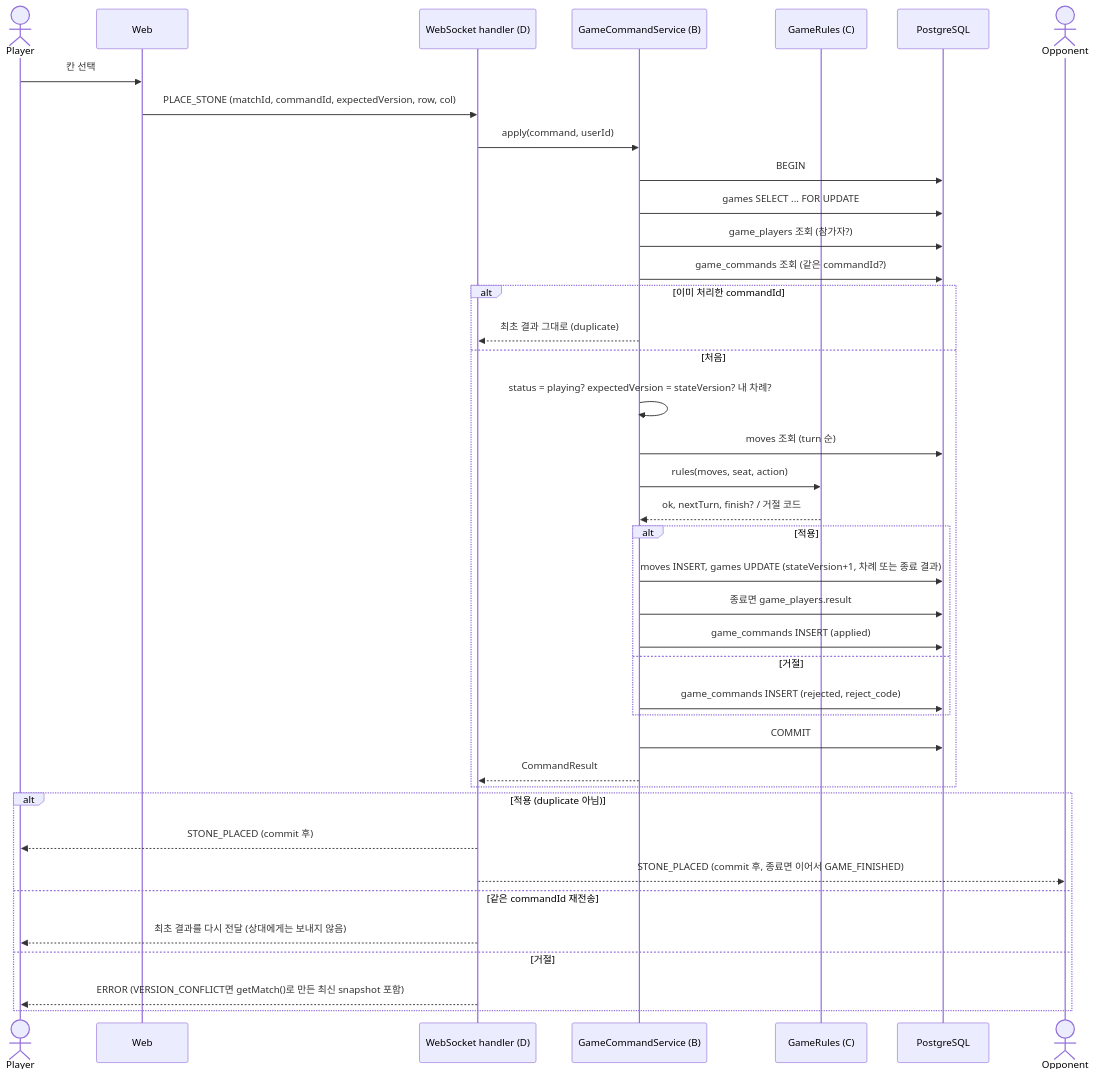
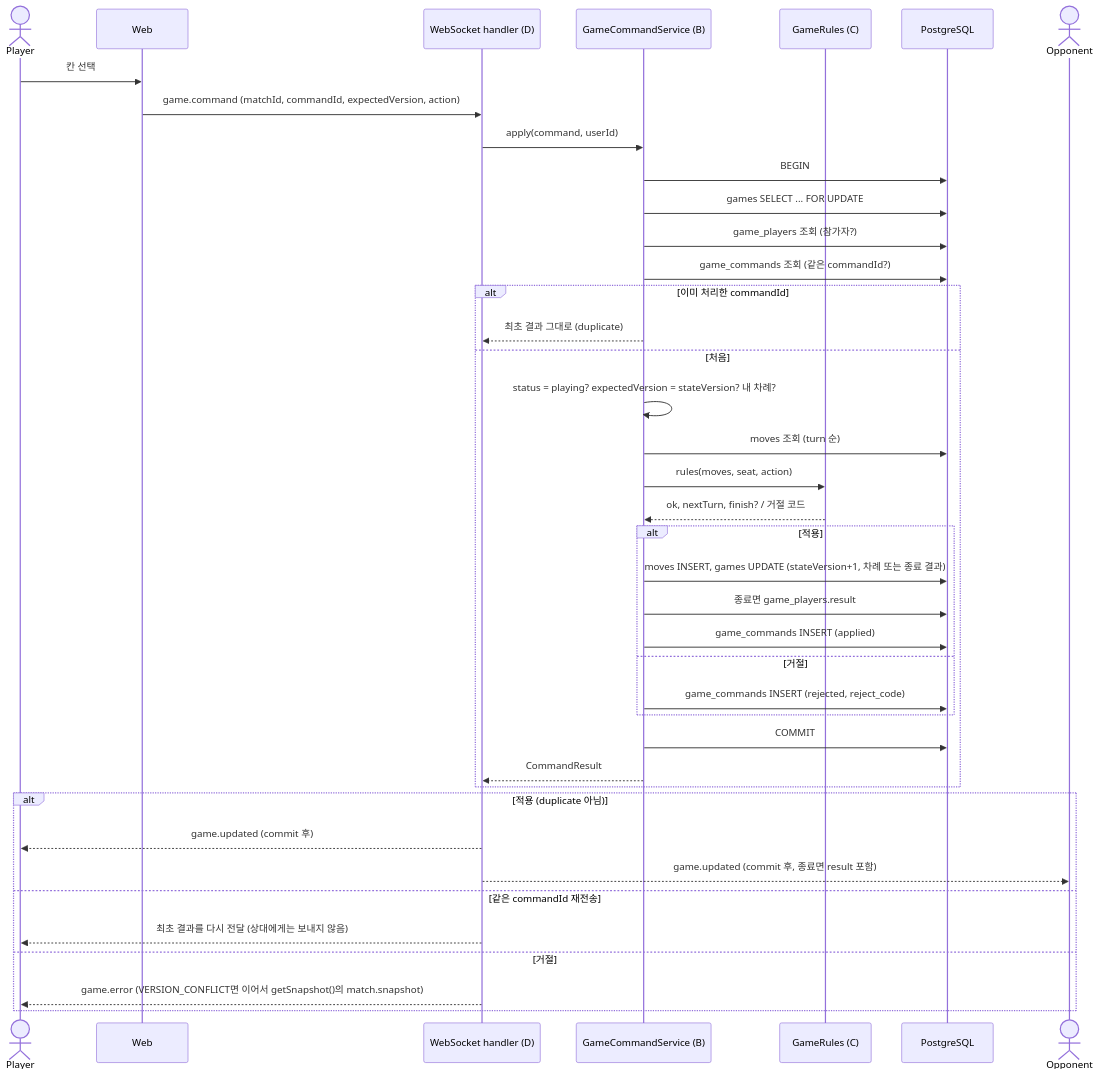
Diagram 16 of 53 in Document/SDS.md (EscapeFromGyeongsan/ft_transcendence), drawn with Mermaid before and after one commit. The commit also changed other lines of this file, not shown here.

````diff
--- a/Document/SDS.md
+++ b/Document/SDS.md
@@ -883,43 +1020,43 @@
 ```mermaid
 sequenceDiagram
     actor P as Player
     participant W as Web
     participant WS as WebSocket handler (D)
     participant G as GameCommandService (B)
     participant E as GameRules (C)
     participant DB as PostgreSQL
     actor O as Opponent
 
     P->>W: 칸 선택
-    W->>WS: PLACE_STONE (matchId, commandId, expectedVersion, row, col)
+    W->>WS: game.command (matchId, commandId, expectedVersion, action)
     WS->>G: apply(command, userId)
     G->>DB: BEGIN
     G->>DB: games SELECT ... FOR UPDATE
     G->>DB: game_players 조회 (참가자?)
     G->>DB: game_commands 조회 (같은 commandId?)
     alt 이미 처리한 commandId
         G-->>WS: 최초 결과 그대로 (duplicate)
     else 처음
         G->>G: status = playing? expectedVersion = stateVersion? 내 차례?
         G->>DB: moves 조회 (turn 순)
         G->>E: rules(moves, seat, action)
         E-->>G: ok, nextTurn, finish? / 거절 코드
         alt 적용
             G->>DB: moves INSERT, games UPDATE (stateVersion+1, 차례 또는 종료 결과)
             G->>DB: 종료면 game_players.result
             G->>DB: game_commands INSERT (applied)
         else 거절
             G->>DB: game_commands INSERT (rejected, reject_code)
         end
         G->>DB: COMMIT
         G-->>WS: CommandResult
     end
     alt 적용 (duplicate 아님)
-        WS-->>P: STONE_PLACED (commit 후)
-        WS-->>O: STONE_PLACED (commit 후, 종료면 이어서 GAME_FINISHED)
+        WS-->>P: game.updated (commit 후)
+        WS-->>O: game.updated (commit 후, 종료면 result 포함)
     else 같은 commandId 재전송
         WS-->>P: 최초 결과를 다시 전달 (상대에게는 보내지 않음)
     else 거절
-        WS-->>P: ERROR (VERSION_CONFLICT면 getMatch()로 만든 최신 snapshot 포함)
+        WS-->>P: game.error (VERSION_CONFLICT면 이어서 getSnapshot()의 match.snapshot)
     end
 ```
````
